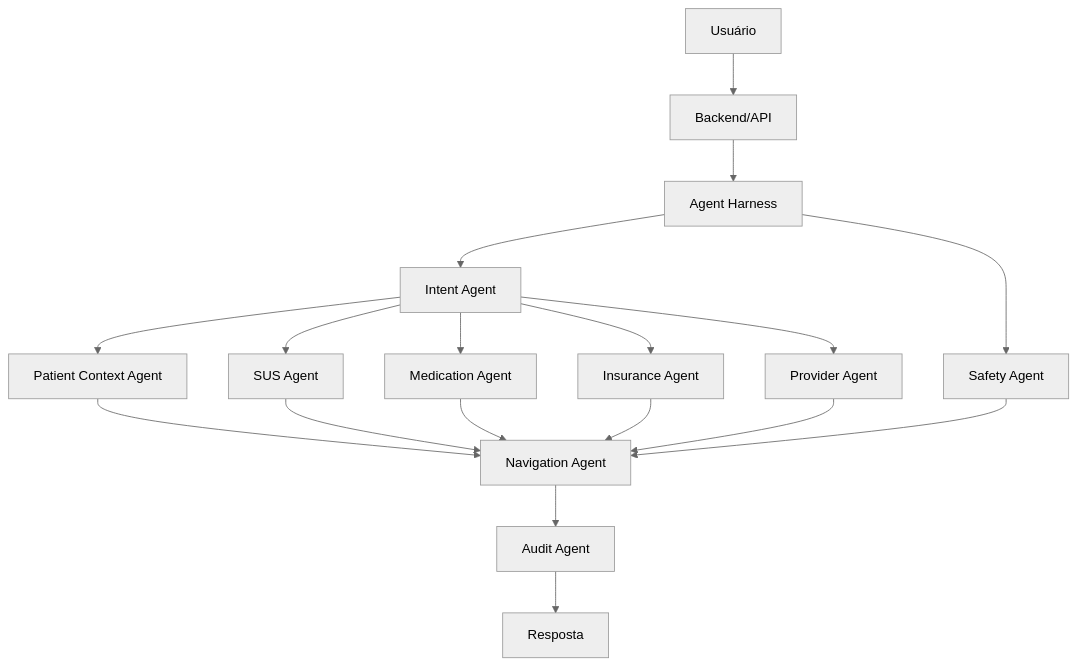
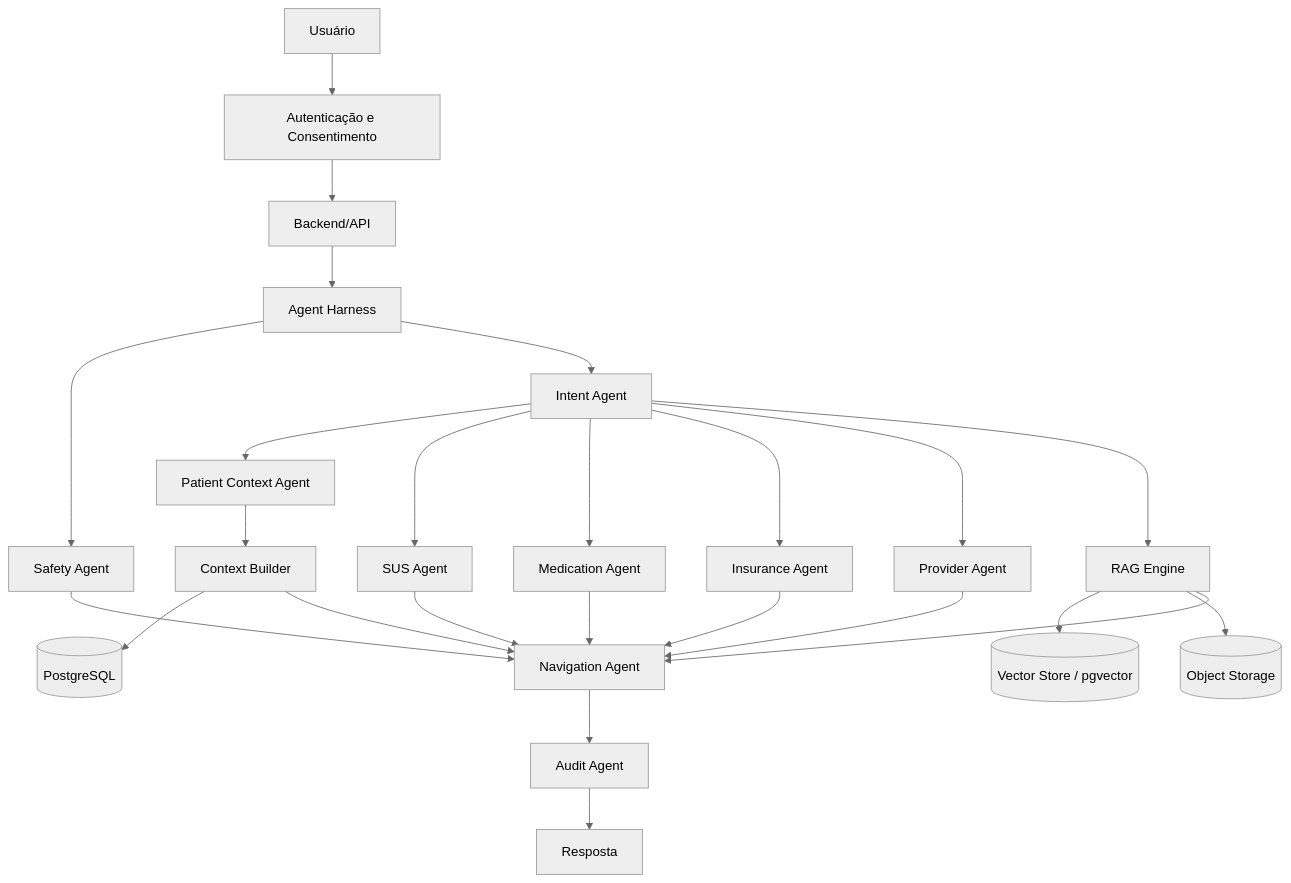
The diagram in docs/architecture.md (yusei21/Health-flow), drawn with Mermaid (neutral theme) before and after one commit. The commit also changed other lines of this file, not shown here.

Commit message:
docs: refine patient record, RAG and vector database architecture

````diff
--- a/docs/architecture.md
+++ b/docs/architecture.md
@@ -11,24 +106,33 @@
 ```mermaid
 flowchart TD
-    U[Usuário] --> API[Backend/API]
+    U[Usuário] --> AUTH[Autenticação e Consentimento]
+    AUTH --> API[Backend/API]
     API --> H[Agent Harness]
 
     H --> S[Safety Agent]
     H --> I[Intent Agent]
 
-    I --> C[Patient Context Agent]
+    I --> PC[Patient Context Agent]
+    PC --> CB[Context Builder]
+    CB --> DB[(PostgreSQL)]
+
     I --> SUS[SUS Agent]
     I --> M[Medication Agent]
     I --> P[Insurance Agent]
     I --> L[Provider Agent]
+    I --> RAG[RAG Engine]
 
-    C --> NAV[Navigation Agent]
-    SUS --> NAV
+    RAG --> V[(Vector Store / pgvector)]
+    RAG --> OBJ[(Object Storage)]
+
+    SUS --> NAV[Navigation Agent]
     M --> NAV
     P --> NAV
     L --> NAV
+    RAG --> NAV
+    CB --> NAV
+    S --> NAV
 
-    S --> NAV
     NAV --> A[Audit Agent]
-    A --> R[Resposta]
+    A --> RESP[Resposta]
 ```
````
